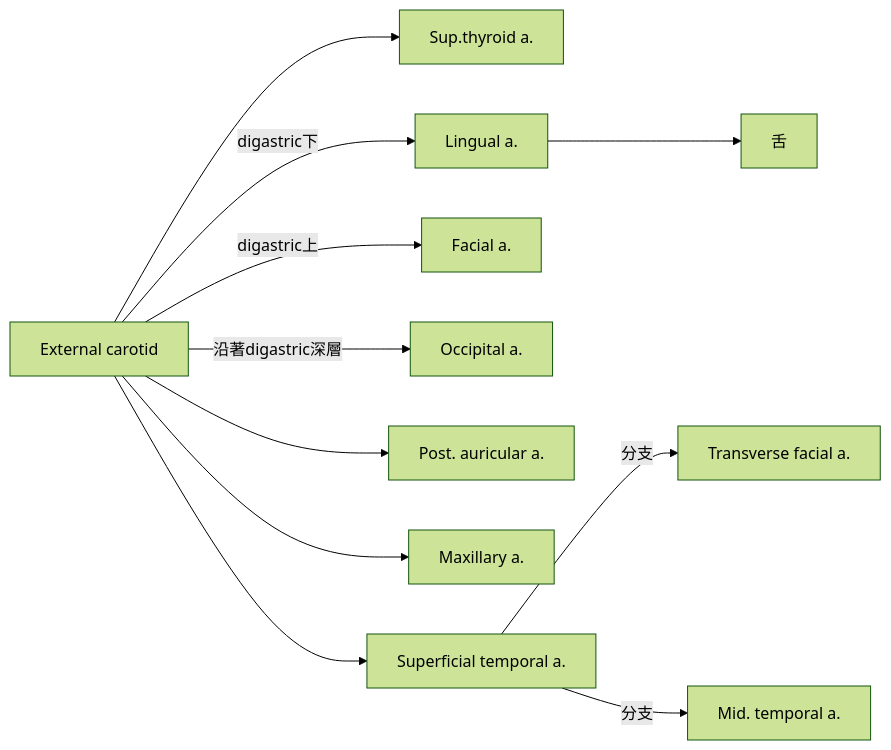
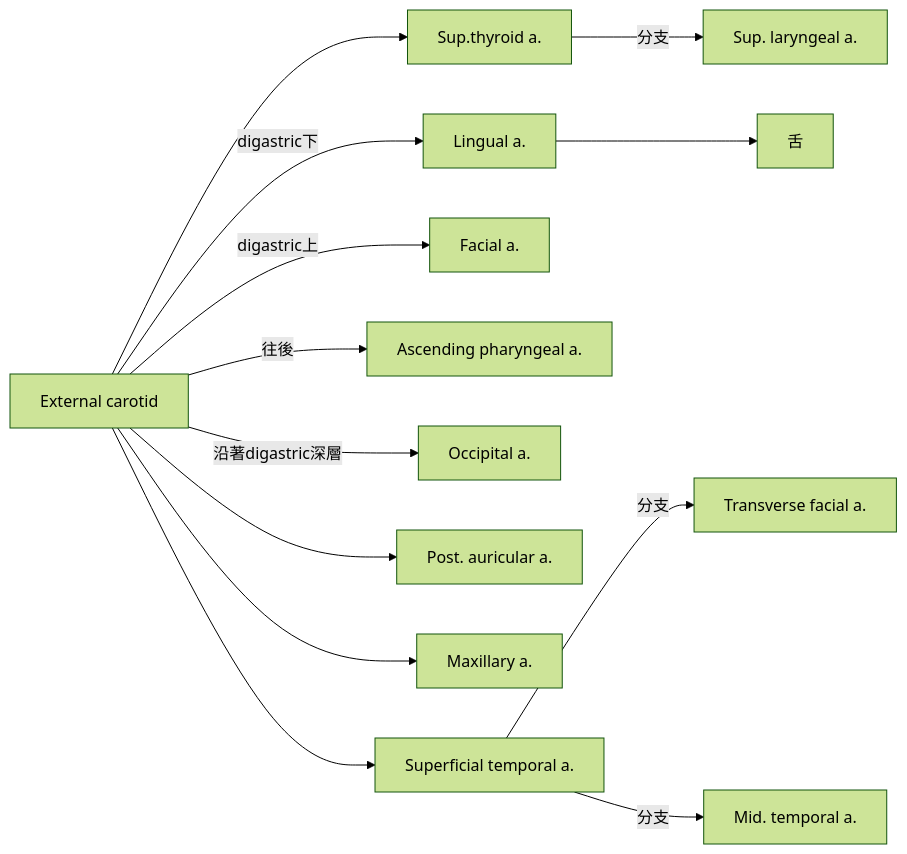
Before and after one commit to hsiu-chan/notebook: the third of 20 diagrams in notes/口解.md, drawn with Mermaid (forest theme). The commit also changed other lines of this file and 8 other files, not shown here.

````diff
--- a/notes/口解.md
+++ b/notes/口解.md
@@ -86,12 +83,13 @@
 ```mermaid
 graph LR
 e[External carotid]
-e-->st[Sup.thyroid a.]
+e-->st[Sup.thyroid a.]-->|分支|sl[Sup. laryngeal a.]
 e--digastric下-->l[Lingual a.]-->舌
 e--digastric上-->f[Facial a.]
+e-->|往後|ap[Ascending pharyngeal a.]
 e--沿著digastric深層-->o[Occipital a.]
 e-->a[Post. auricular a.]
 e-->m[Maxillary a.]
 e-->sp[Superficial temporal a.]--分支-->tf[Transverse facial a.]
 sp[Superficial temporal a.]--分支-->mt[Mid. temporal a.]
 ```
````
